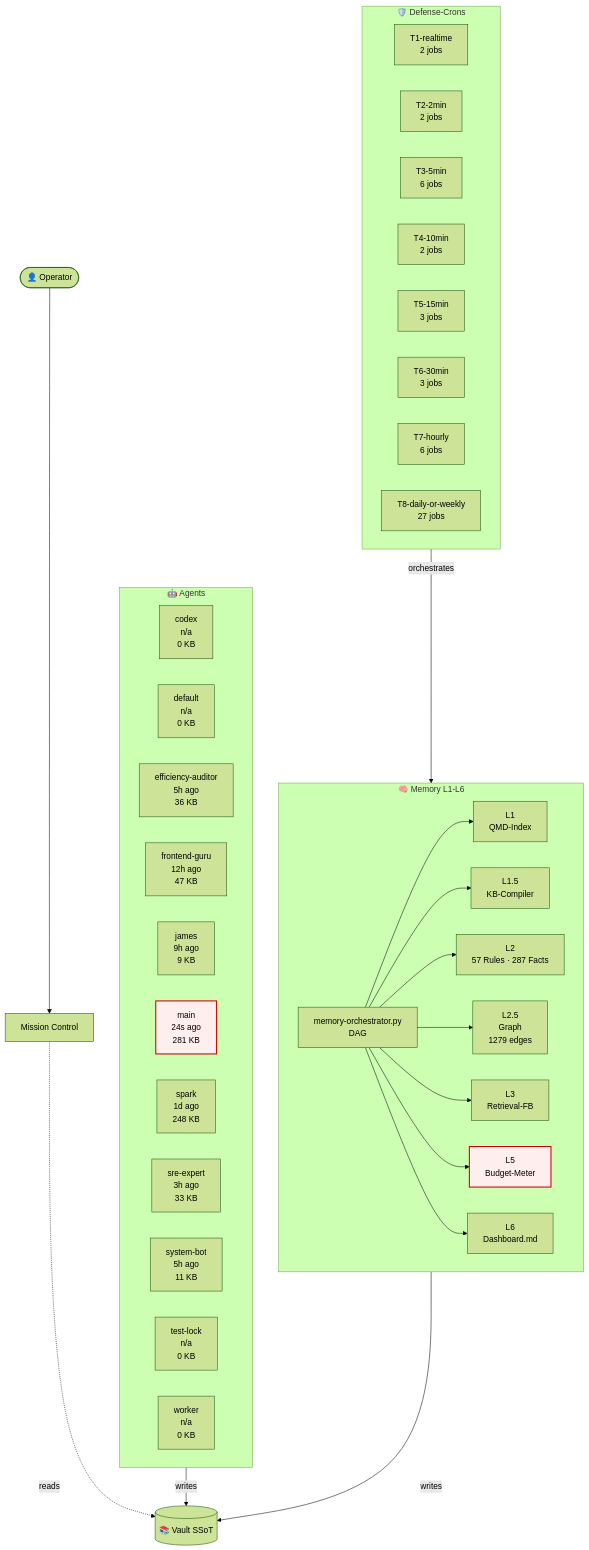
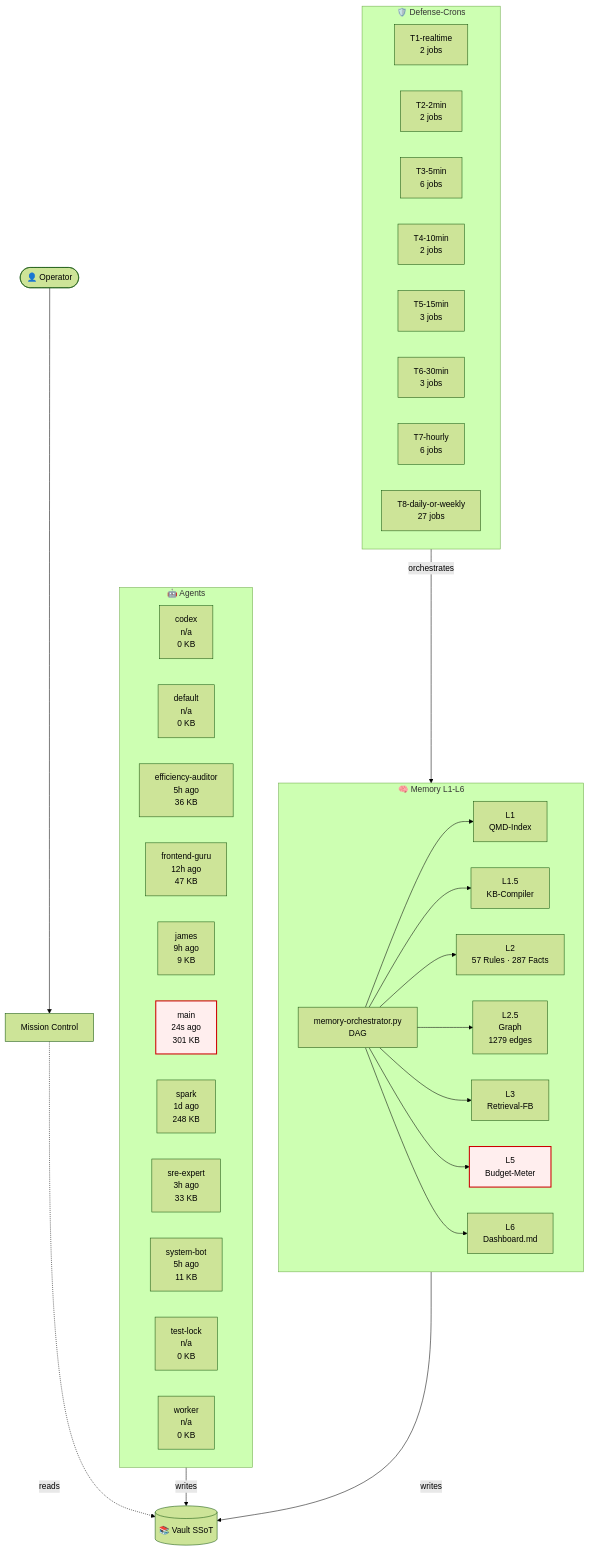
One commit to lenardhuebner88-rgb/openclaw-memory changed the diagram in 03-Agents/architecture-live.md. Above: the diagram before and after it, drawn with Mermaid (forest theme). The commit also changed other lines of this file and 13 other files, not shown here.

````diff
--- a/03-Agents/architecture-live.md
+++ b/03-Agents/architecture-live.md
@@ -18,54 +18,54 @@
 ```mermaid
 flowchart TB
     classDef critical fill:#fee,stroke:#c00,stroke-width:2px;
     subgraph AGT["🤖 Agents"]
         agent_codex["codex<br/>n/a<br/>0 KB"]
         agent_default["default<br/>n/a<br/>0 KB"]
         agent_efficiency_auditor["efficiency-auditor<br/>5h ago<br/>36 KB"]
         agent_frontend_guru["frontend-guru<br/>12h ago<br/>47 KB"]
         agent_james["james<br/>9h ago<br/>9 KB"]
-        agent_main["main<br/>24s ago<br/>281 KB"]
+        agent_main["main<br/>24s ago<br/>301 KB"]
         agent_spark["spark<br/>1d ago<br/>248 KB"]
         agent_sre_expert["sre-expert<br/>3h ago<br/>33 KB"]
         agent_system_bot["system-bot<br/>5h ago<br/>11 KB"]
         agent_test_lock["test-lock<br/>n/a<br/>0 KB"]
         agent_worker["worker<br/>n/a<br/>0 KB"]
     end
     subgraph MEM["🧠 Memory L1-L6"]
         L1["L1<br/>QMD-Index"]
         L15["L1.5<br/>KB-Compiler"]
         L2["L2<br/>57 Rules · 287 Facts"]
         L25["L2.5<br/>Graph<br/>1279 edges"]
         L3["L3<br/>Retrieval-FB"]
         L5["L5<br/>Budget-Meter"]
         L6["L6<br/>Dashboard.md"]
         ORCH["memory-orchestrator.py<br/>DAG"]
     end
     subgraph CRN["🛡️ Defense-Crons"]
         tier_T1_realtime["T1-realtime<br/>2 jobs"]
         tier_T2_2min["T2-2min<br/>2 jobs"]
         tier_T3_5min["T3-5min<br/>6 jobs"]
         tier_T4_10min["T4-10min<br/>2 jobs"]
         tier_T5_15min["T5-15min<br/>3 jobs"]
         tier_T6_30min["T6-30min<br/>3 jobs"]
         tier_T7_hourly["T7-hourly<br/>6 jobs"]
         tier_T8_daily_or_weekly["T8-daily-or-weekly<br/>27 jobs"]
     end
     VAULT[("📚 Vault SSoT")]
     OP([👤 Operator])
     MC["Mission Control"]
     OP --> MC
     MC -.reads.-> VAULT
     AGT -->|writes| VAULT
     MEM -->|writes| VAULT
     ORCH --> L1
     ORCH --> L15
     ORCH --> L2
     ORCH --> L25
     ORCH --> L3
     ORCH --> L5
     ORCH --> L6
     CRN -->|orchestrates| MEM
     class L5 critical
     class agent_main critical
 ```
````
